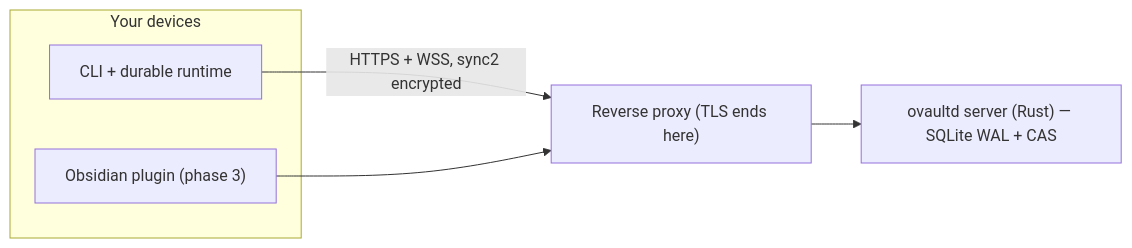
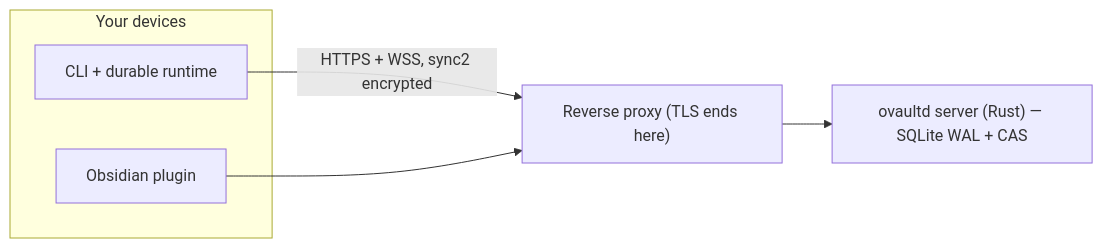
The diagram in README.md (kastormdz/ovaultd), drawn with Mermaid before and after one commit. The commit also changed other lines of this file and 1 other file, not shown here.

````diff
--- a/README.md
+++ b/README.md
@@ -35,10 +24,10 @@
 ```mermaid
 flowchart LR
     subgraph devices [Your devices]
         CLI["CLI + durable runtime"]
-        P["Obsidian plugin (phase 3)"]
+        P["Obsidian plugin"]
     end
     CLI -- "HTTPS + WSS, sync2 encrypted" --> RP["Reverse proxy (TLS ends here)"]
     P --> RP
     RP --> S["ovaultd server (Rust) — SQLite WAL + CAS"]
 ```
````
